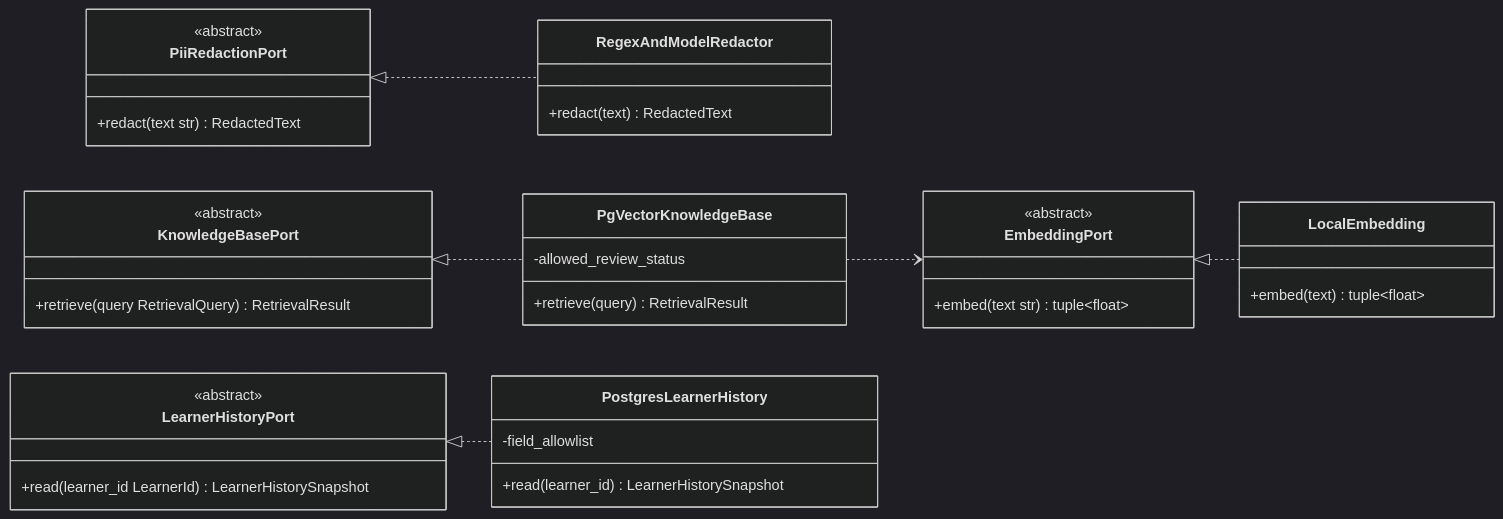
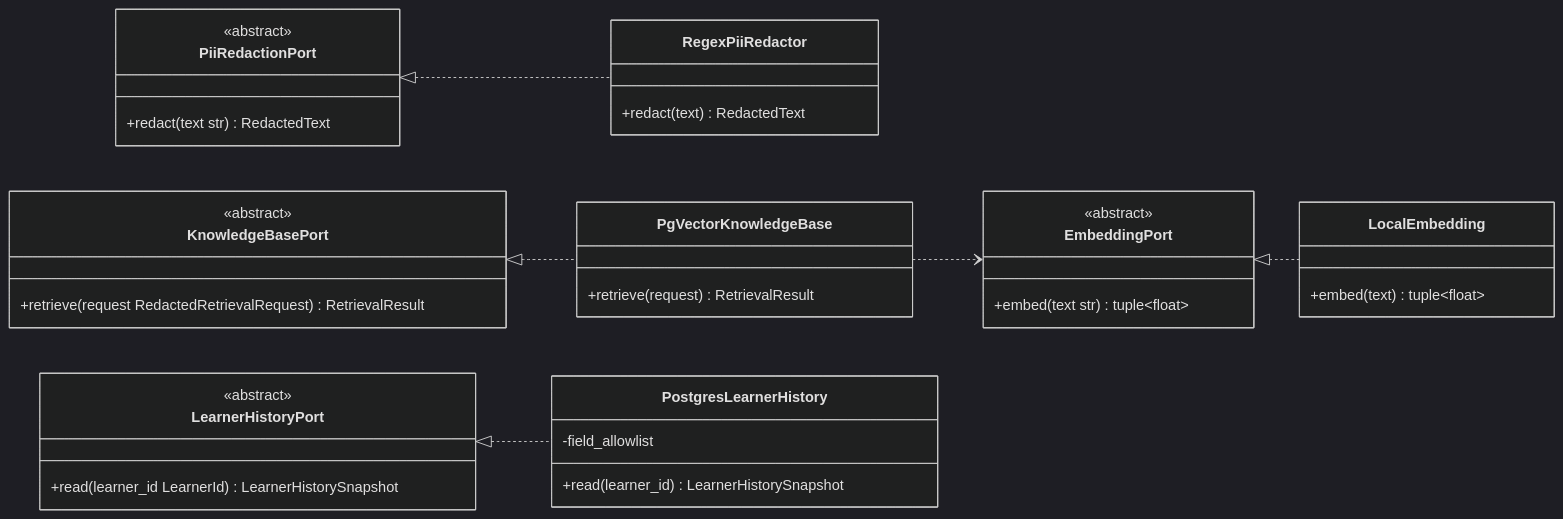
One commit to basiliofarach/two-agent-orchestration-language-learning changed the third of 11 diagrams in docs/architecture/ARCHITECTURE.md. Above: the diagram before and after it, drawn with Mermaid (dark theme). The commit also changed other lines of this file and 69 other files, not shown here.

First line of the commit message:
(BAS-12, BAS-13, BAS-14): KB ingestion, pgvector retrieval and versioned policy on one request connection (#5)

````diff
--- a/docs/architecture/ARCHITECTURE.md
+++ b/docs/architecture/ARCHITECTURE.md
@@ -188,42 +194,41 @@
 ```mermaid
 classDiagram
     direction LR
 
     class PiiRedactionPort {
         <<abstract>>
         +redact(text str) RedactedText
     }
     class KnowledgeBasePort {
         <<abstract>>
-        +retrieve(query RetrievalQuery) RetrievalResult
+        +retrieve(request RedactedRetrievalRequest) RetrievalResult
     }
     class LearnerHistoryPort {
         <<abstract>>
         +read(learner_id LearnerId) LearnerHistorySnapshot
     }
     class EmbeddingPort {
         <<abstract>>
         +embed(text str) tuple~float~
     }
 
-    class RegexAndModelRedactor {
+    class RegexPiiRedactor {
         +redact(text) RedactedText
     }
     class PgVectorKnowledgeBase {
-        -allowed_review_status
-        +retrieve(query) RetrievalResult
+        +retrieve(request) RetrievalResult
     }
     class PostgresLearnerHistory {
         -field_allowlist
         +read(learner_id) LearnerHistorySnapshot
     }
     class LocalEmbedding {
         +embed(text) tuple~float~
     }
 
-    PiiRedactionPort <|.. RegexAndModelRedactor
+    PiiRedactionPort <|.. RegexPiiRedactor
     KnowledgeBasePort <|.. PgVectorKnowledgeBase
     LearnerHistoryPort <|.. PostgresLearnerHistory
     EmbeddingPort <|.. LocalEmbedding
     PgVectorKnowledgeBase ..> EmbeddingPort
 ```
````
